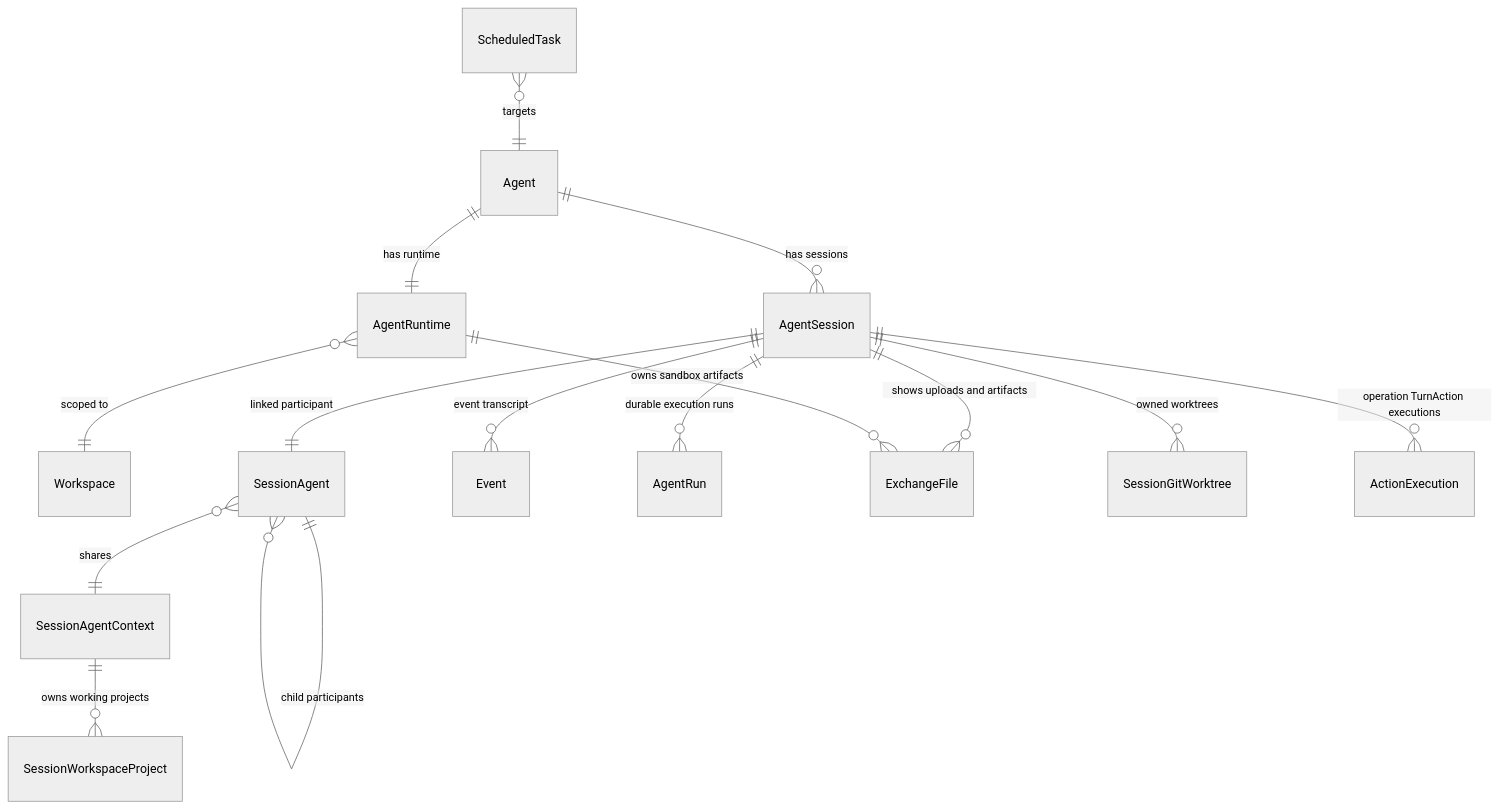
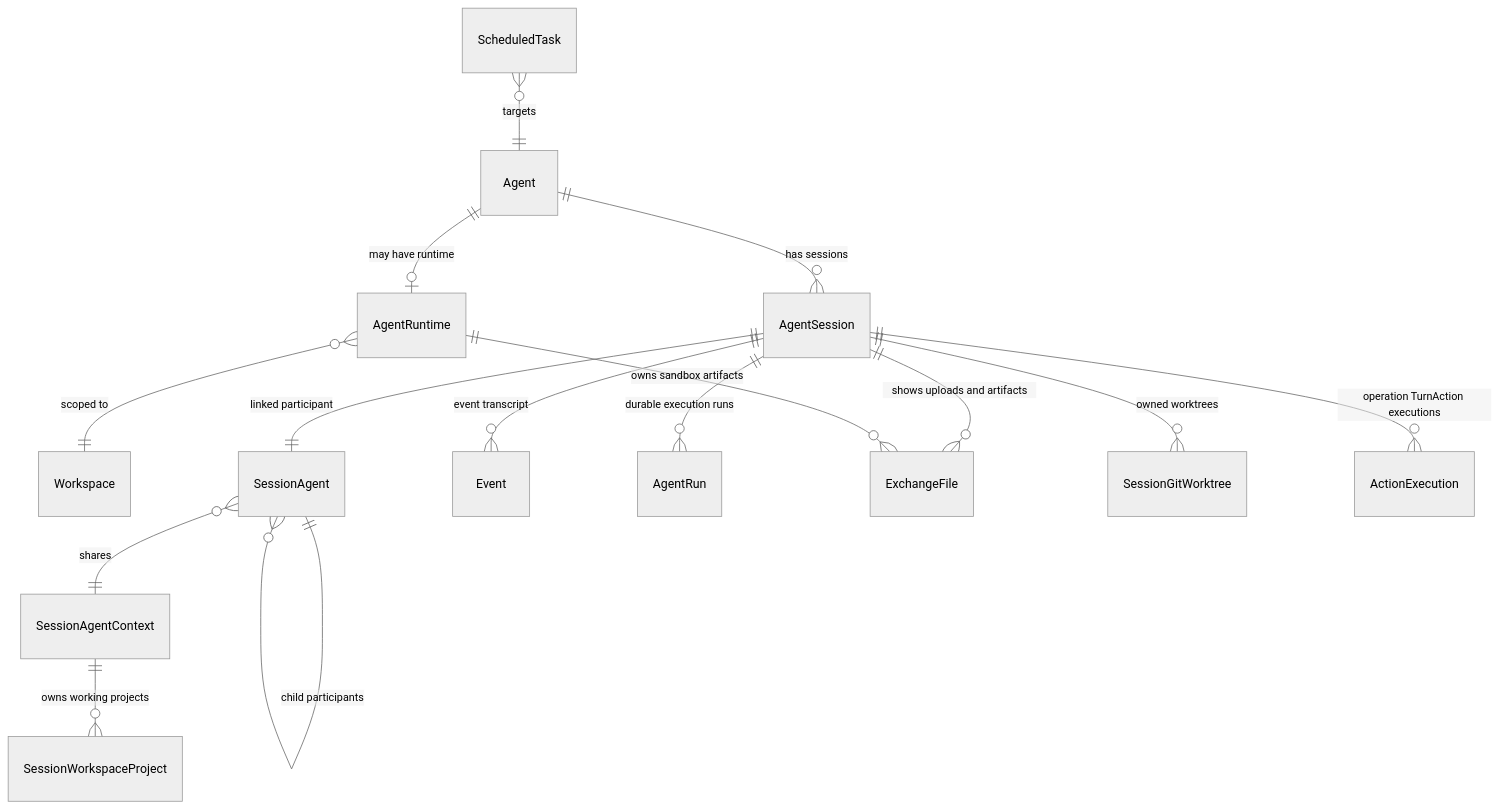
One commit to azents/azents changed the diagram in docs/azents/spec/domain/conversation.md. Above: the diagram before and after it, drawn with Mermaid (neutral theme). The commit also changed other lines of this file and 24 other files, not shown here.

````diff
--- a/docs/azents/spec/domain/conversation.md
+++ b/docs/azents/spec/domain/conversation.md
@@ -138,17 +138,17 @@
 ```mermaid
 erDiagram
-    Agent ||--|| AgentRuntime : "has runtime"
+    Agent ||--o| AgentRuntime : "may have runtime"
     Agent ||--o{ AgentSession : "has sessions"
     AgentRuntime }o--|| Workspace : "scoped to"
     AgentSession ||--|| SessionAgent : "linked participant"
     SessionAgent ||--o{ SessionAgent : "child participants"
     SessionAgent }o--|| SessionAgentContext : "shares"
     SessionAgentContext ||--o{ SessionWorkspaceProject : "owns working projects"
     AgentSession ||--o{ Event : "event transcript"
     AgentSession ||--o{ AgentRun : "durable execution runs"
     AgentSession ||--o{ ExchangeFile : "shows uploads and artifacts"
     AgentSession ||--o{ SessionGitWorktree : "owned worktrees"
     AgentSession ||--o{ ActionExecution : "operation TurnAction executions"
     AgentRuntime ||--o{ ExchangeFile : "owns sandbox artifacts"
     ScheduledTask }o--|| Agent : "targets"
 ```
````
